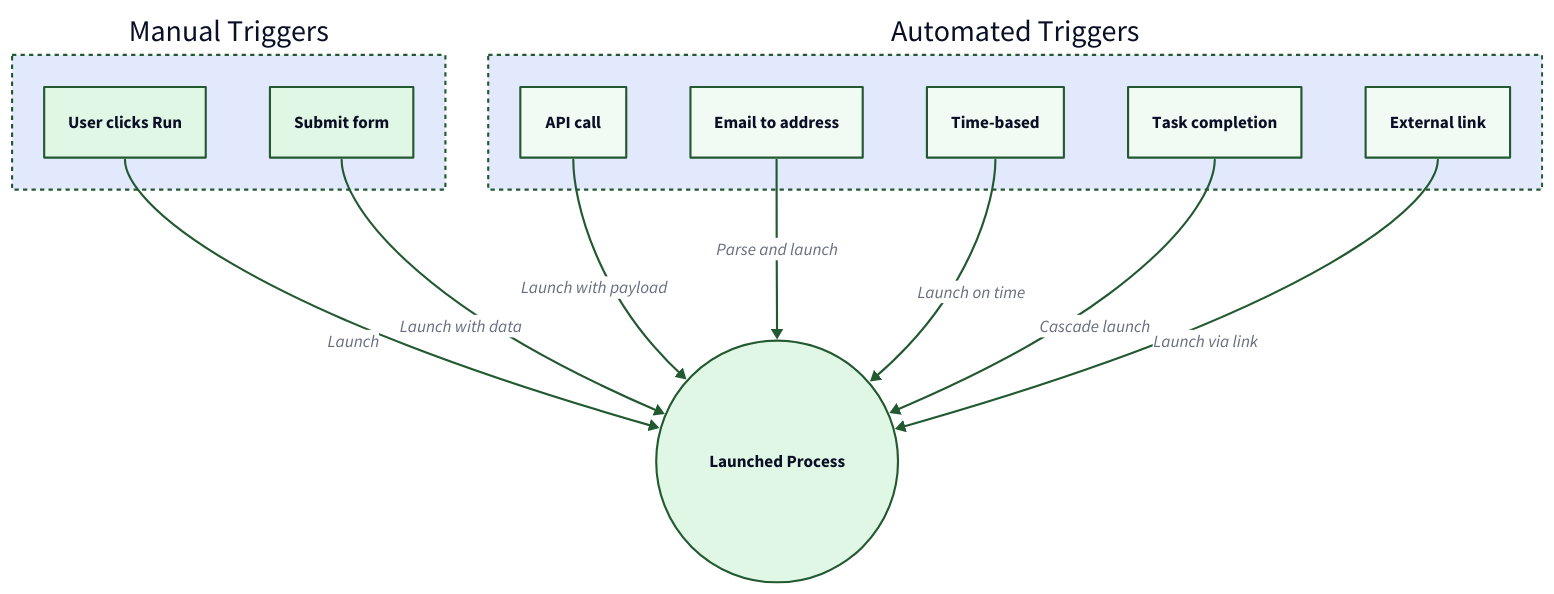
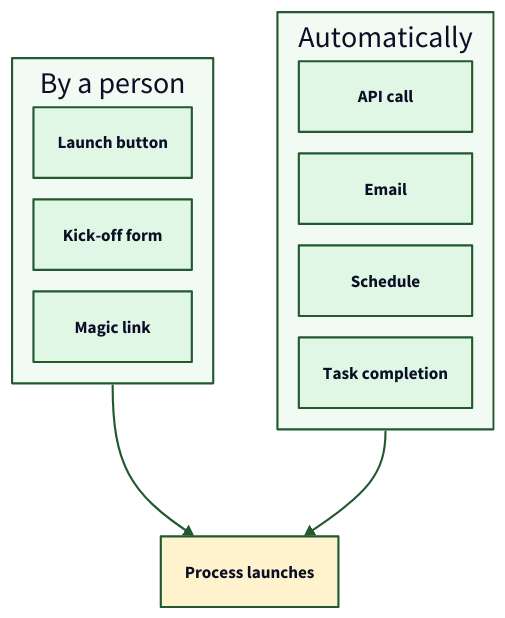
Before and after one commit to tallyfy/documentation: the diagram in src/content/docs/pro/launching/triggers/index.mdx, drawn with D2. The commit also changed 13 other files, not shown here.

First line of the commit message:
Redraw 16 diagrams on 14 pages so they read at full size

````diff
--- a/src/content/docs/pro/launching/triggers/index.mdx
+++ b/src/content/docs/pro/launching/triggers/index.mdx
@@ -33,77 +33,61 @@
 ```d2
 # Process Launch Triggers
 direction: down
 
-# Trigger Groups
-Manual Triggers: {
+Person: By a person {
+  grid-columns: 1
+  grid-gap: 20
+  style.fill: "#f2faf4"
   style.stroke: "#225930"
-  style.stroke-dash: 2
-  
-  Manual: User clicks Run {
+
+  Manual: Launch button {
     style.fill: "#e1f7e6"
     style.stroke: "#225930"
   }
-  Form: Submit form {
+  Form: Kick-off form {
+    style.fill: "#e1f7e6"
+    style.stroke: "#225930"
+  }
+  Magic: Magic link {
     style.fill: "#e1f7e6"
     style.stroke: "#225930"
   }
 }
 
-Automated Triggers: {
+Auto: Automatically {
+  grid-columns: 1
+  grid-gap: 20
+  style.fill: "#f2faf4"
   style.stroke: "#225930"
-  style.stroke-dash: 2
-  
+
   API: API call {
-    style.fill: "#f2faf4"
+    style.fill: "#e1f7e6"
     style.stroke: "#225930"
   }
-  Email: Email to address {
-    style.fill: "#f2faf4"
+  Email: Email {
+    style.fill: "#e1f7e6"
     style.stroke: "#225930"
   }
-  Schedule: Time-based {
-    style.fill: "#f2faf4"
+  Schedule: Schedule {
+    style.fill: "#e1f7e6"
     style.stroke: "#225930"
   }
   Task: Task completion {
-    style.fill: "#f2faf4"
-    style.stroke: "#225930"
-  }
-  Magic: External link {
-    style.fill: "#f2faf4"
+    style.fill: "#e1f7e6"
     style.stroke: "#225930"
   }
 }
 
-# Result
-Process: Launched Process {
-  shape: circle
-  style.fill: "#e1f7e6"
+Process: Process launches {
+  style.fill: "#fff3cd"
   style.stroke: "#225930"
   style.stroke-width: 2
 }
 
-# Connections
-Manual Triggers.Manual -> Process: Launch {
+Person -> Process: {
   style.stroke: "#225930"
 }
-Manual Triggers.Form -> Process: Launch with data {
-  style.stroke: "#225930"
-}
-
-Automated Triggers.API -> Process: Launch with payload {
-  style.stroke: "#225930"
-}
-Automated Triggers.Email -> Process: Parse and launch {
-  style.stroke: "#225930"
-}
-Automated Triggers.Schedule -> Process: Launch on time {
-  style.stroke: "#225930"
-}
-Automated Triggers.Task -> Process: Cascade launch {
-  style.stroke: "#225930"
-}
-Automated Triggers.Magic -> Process: Launch via link {
+Auto -> Process: {
   style.stroke: "#225930"
 }
 ```
````
